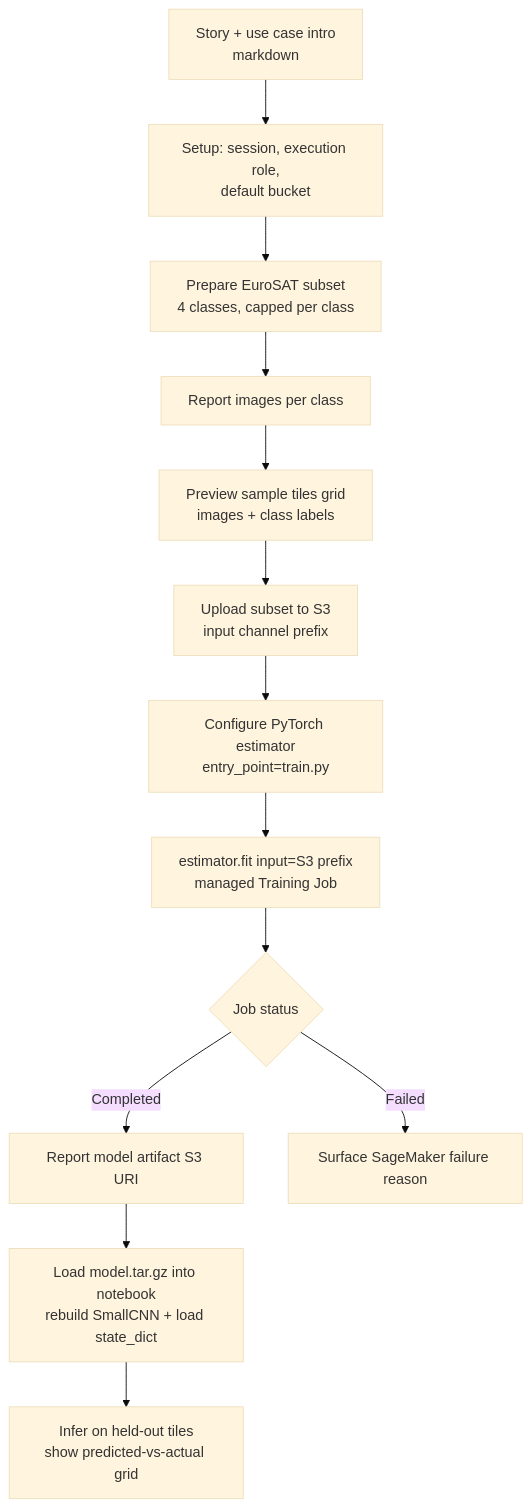
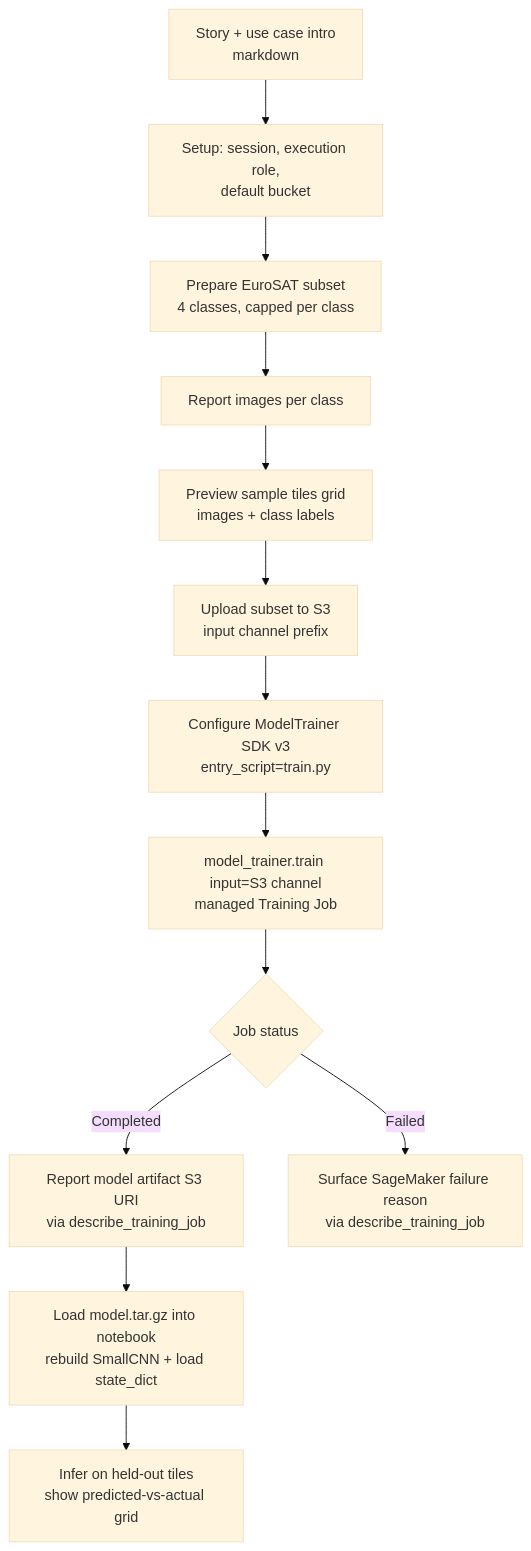
Before and after one commit to chaveena/sagemaker-kiro-ide-demo: the diagram in .kiro/specs/satellite-model-demo/design.md, drawn with Mermaid (base theme). The commit also changed other lines of this file and 3 other files, not shown here.

Commit message:
Migrate notebook to SageMaker SDK v3 ModelTrainer; harden EuroSAT source

````diff
--- a/.kiro/specs/satellite-model-demo/design.md
+++ b/.kiro/specs/satellite-model-demo/design.md
@@ -53,15 +55,15 @@
 ```mermaid
 flowchart TD
     A[Story + use case intro<br/>markdown] --> B[Setup: session, execution role,<br/>default bucket]
     B --> C[Prepare EuroSAT subset<br/>4 classes, capped per class]
     C --> D[Report images per class]
     D --> P[Preview sample tiles grid<br/>images + class labels]
     P --> E[Upload subset to S3<br/>input channel prefix]
-    E --> F[Configure PyTorch estimator<br/>entry_point=train.py]
-    F --> G[estimator.fit input=S3 prefix<br/>managed Training Job]
+    E --> F[Configure ModelTrainer SDK v3<br/>entry_script=train.py]
+    F --> G[model_trainer.train input=S3 channel<br/>managed Training Job]
     G --> H{Job status}
-    H -->|Completed| I[Report model artifact S3 URI]
-    H -->|Failed| J[Surface SageMaker failure reason]
+    H -->|Completed| I[Report model artifact S3 URI<br/>via describe_training_job]
+    H -->|Failed| J[Surface SageMaker failure reason<br/>via describe_training_job]
     I --> K[Load model.tar.gz into notebook<br/>rebuild SmallCNN + load state_dict]
     K --> L[Infer on held-out tiles<br/>show predicted-vs-actual grid]
 ```
````
